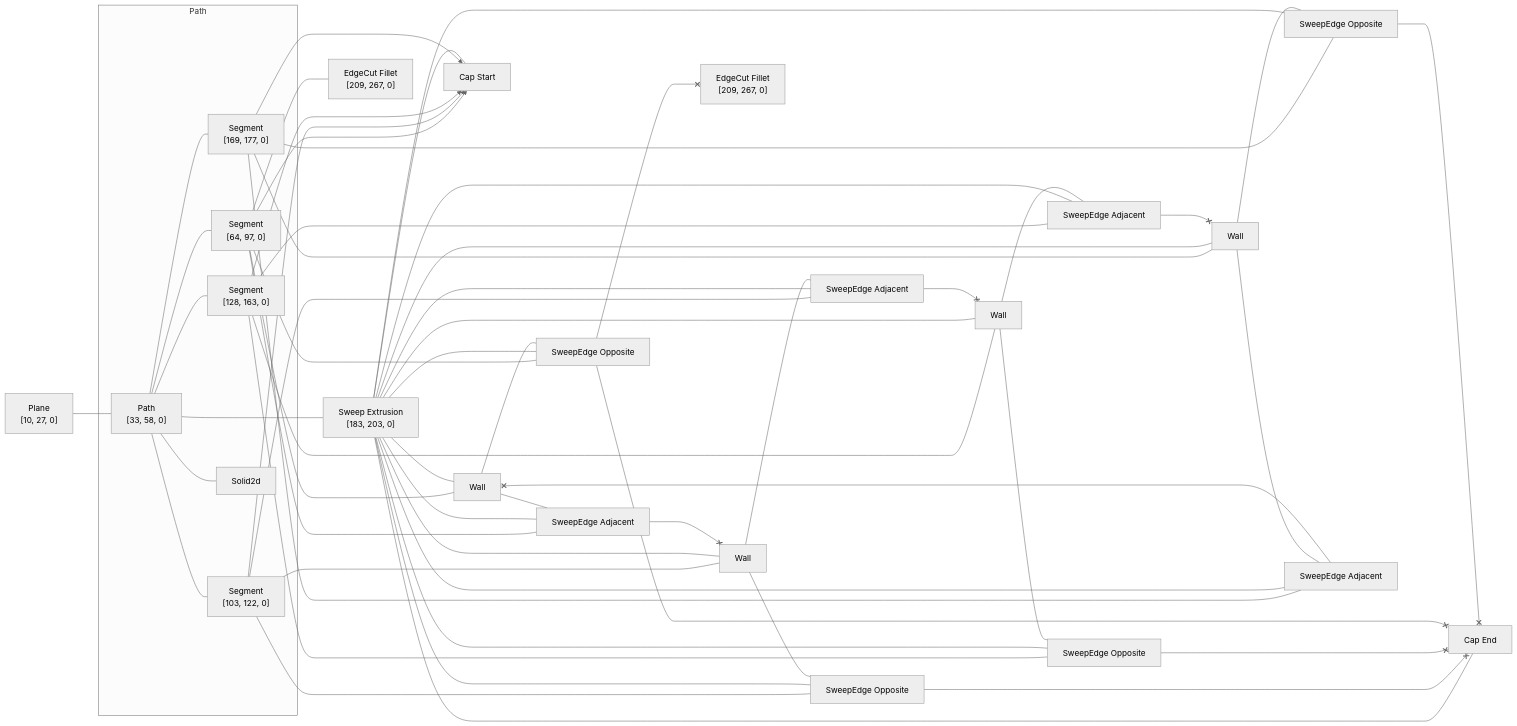
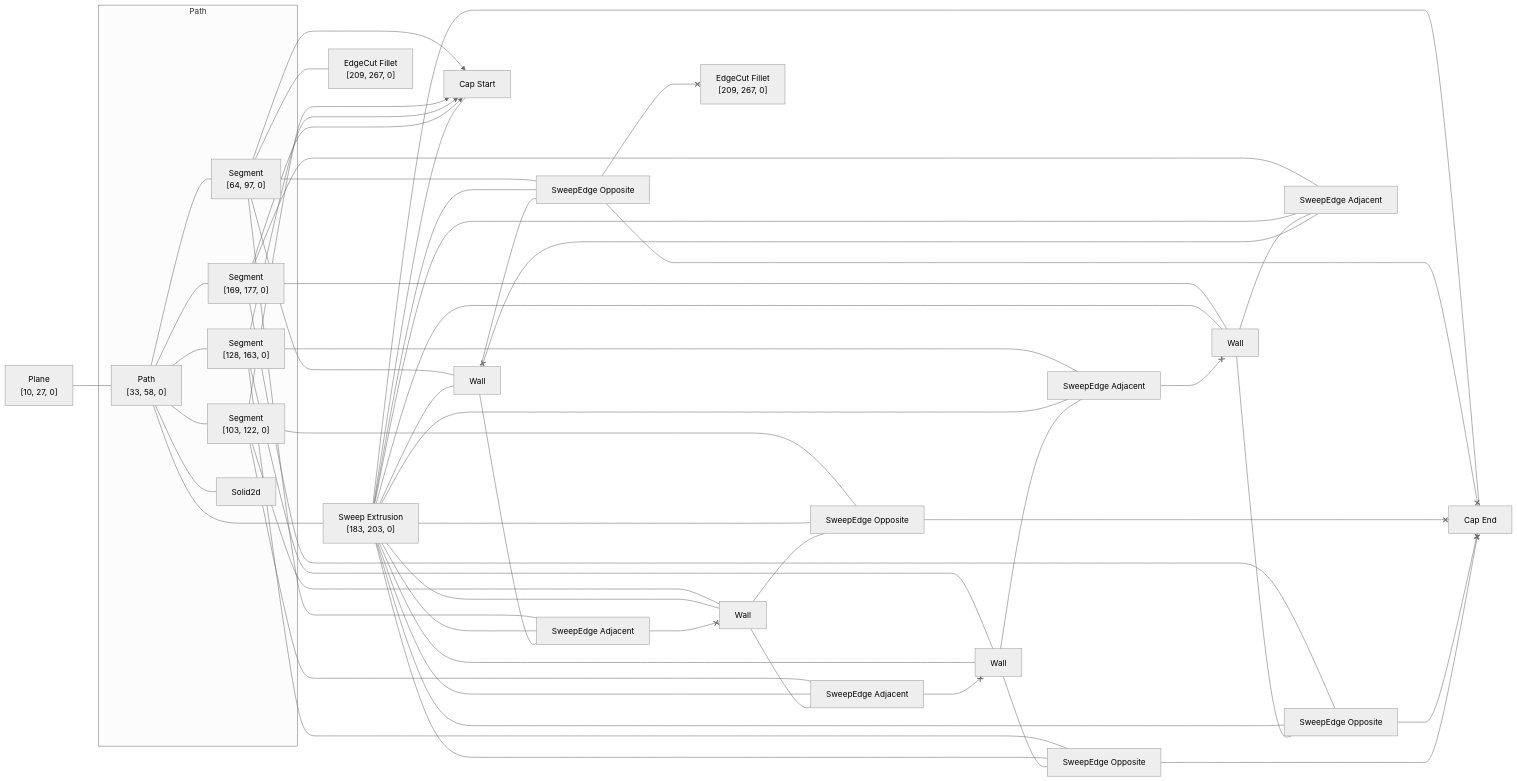
One commit to rajgandhi1/modeling-app changed the diagram in rust/kcl-lib/tests/basic_fillet_cube_end/artifact_graph_flowchart.snap.md. Above: the diagram before and after it, drawn with Mermaid (neutral theme). The commit also changed 110 other files, not shown here.

````diff
--- a/rust/kcl-lib/tests/basic_fillet_cube_end/artifact_graph_flowchart.snap.md
+++ b/rust/kcl-lib/tests/basic_fillet_cube_end/artifact_graph_flowchart.snap.md
@@ -35,21 +35,21 @@
   2 ---- 8
   3 --- 12
   3 x--> 13
-  3 --- 17
+  3 --- 15
   3 --- 21
   3 --- 24
   4 --- 10
   4 x--> 13
-  4 --- 15
-  4 --- 19
+  4 --- 16
+  4 --- 20
   5 --- 9
   5 x--> 13
-  5 --- 16
-  5 --- 22
+  5 --- 18
+  5 --- 19
   6 --- 11
   6 x--> 13
-  6 --- 18
-  6 --- 20
+  6 --- 17
+  6 --- 22
   8 --- 9
   8 --- 10
   8 --- 11
@@ -64,21 +64,21 @@
   8 --- 20
   8 --- 21
   8 --- 22
-  9 --- 16
-  19 <--x 9
-  9 --- 22
-  10 --- 15
-  10 --- 19
+  9 --- 18
+  9 --- 19
+  20 <--x 9
+  10 --- 16
+  10 --- 20
   21 <--x 10
-  11 --- 18
-  11 --- 20
-  22 <--x 11
-  12 --- 17
-  20 <--x 12
+  11 --- 17
+  19 <--x 11
+  11 --- 22
+  12 --- 15
   12 --- 21
+  22 <--x 12
   15 <--x 14
   16 <--x 14
   17 <--x 14
   18 <--x 14
-  17 <--x 23
+  15 <--x 23
 ```
````
